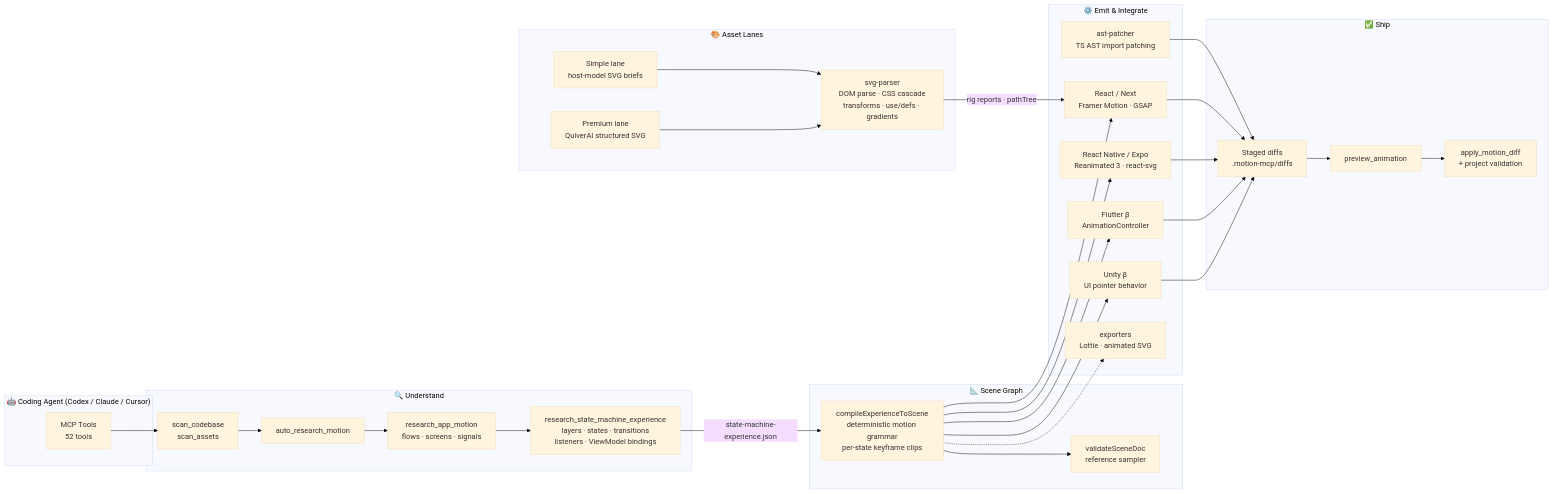
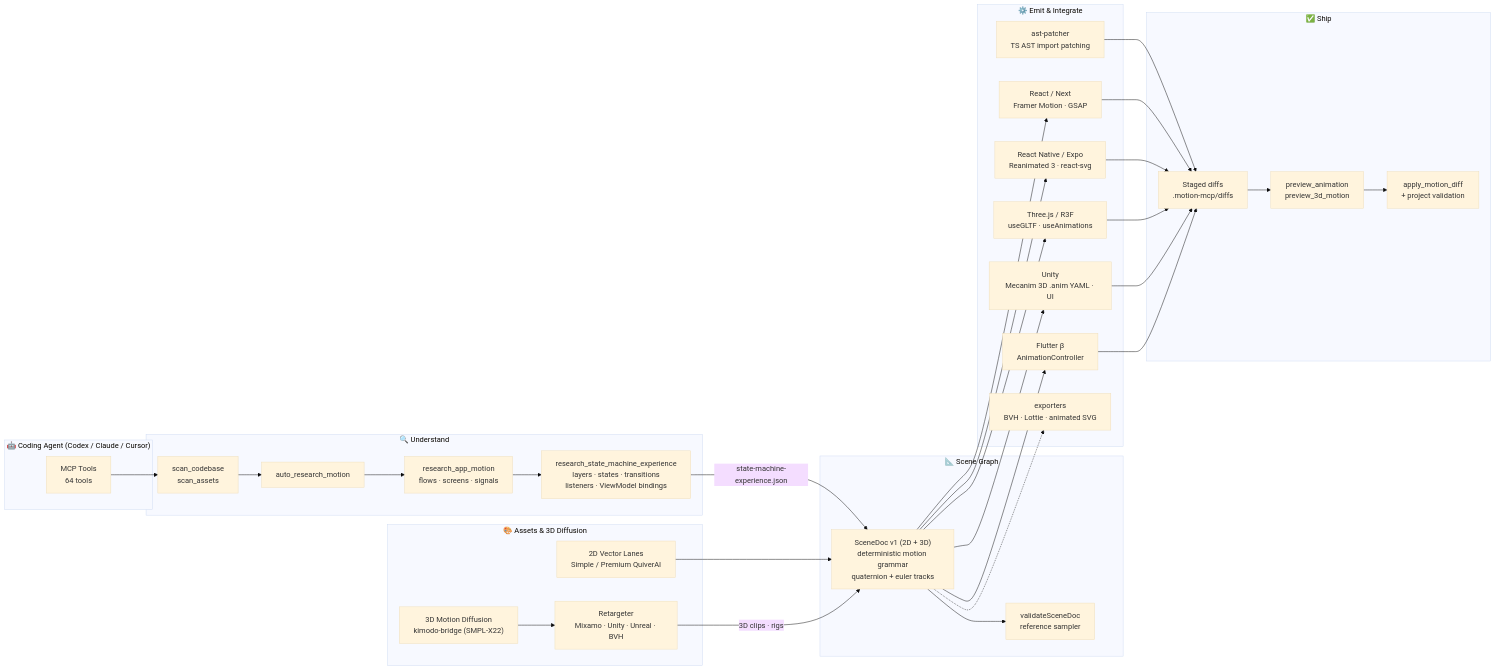
One commit to itsoumya-d/motion-mcp changed the first of 2 diagrams in README.md. Above: the diagram before and after it, drawn with Mermaid (base theme). The commit also changed other lines of this file and 44 other files, not shown here.

Commit message:
feat: integrate kimodo.cpp 3D motion diffusion platform (64 MCP tools, Three.js/R3F emitters, SMPL-X retargeting, GLB container support)

````diff
--- a/README.md
+++ b/README.md
@@ -91,50 +107,51 @@
 ```mermaid
 flowchart LR
     subgraph AGENT["🤖 Coding Agent (Codex / Claude / Cursor)"]
-        T["MCP Tools<br/>52 tools"]
+        T["MCP Tools<br/>64 tools"]
     end
 
     subgraph RESEARCH["🔍 Understand"]
         S["scan_codebase<br/>scan_assets"] --> R1["auto_research_motion"]
         R1 --> R2["research_app_motion<br/>flows · screens · signals"]
         R2 --> R3["research_state_machine_experience<br/>layers · states · transitions<br/>listeners · ViewModel bindings"]
     end
 
-    subgraph ASSETS["🎨 Asset Lanes"]
-        A1["Simple lane<br/>host-model SVG briefs"]
-        A2["Premium lane<br/>QuiverAI structured SVG"]
-        A3["svg-parser<br/>DOM parse · CSS cascade<br/>transforms · use/defs · gradients"]
-        A1 --> A3
+    subgraph ASSETS["🎨 Assets & 3D Diffusion"]
+        A1["2D Vector Lanes<br/>Simple / Premium QuiverAI"]
+        A2["3D Motion Diffusion<br/>kimodo-bridge (SMPL-X22)"]
+        A3["Retargeter<br/>Mixamo · Unity · Unreal · BVH"]
         A2 --> A3
     end
 
     subgraph SCENE["📐 Scene Graph"]
-        SG["compileExperienceToScene<br/>deterministic motion grammar<br/>per-state keyframe clips"]
+        SG["SceneDoc v1 (2D + 3D)<br/>deterministic motion grammar<br/>quaternion + euler tracks"]
         V["validateSceneDoc<br/>reference sampler"]
         SG --> V
     end
 
     subgraph EMIT["⚙️ Emit & Integrate"]
         E1["React / Next<br/>Framer Motion · GSAP"]
         E2["React Native / Expo<br/>Reanimated 3 · react-svg"]
-        E3["Flutter β<br/>AnimationController"]
-        E4["Unity β<br/>UI pointer behavior"]
+        E3["Three.js / R3F<br/>useGLTF · useAnimations"]
+        E4["Unity<br/>Mecanim 3D .anim YAML · UI"]
+        E5["Flutter β<br/>AnimationController"]
         P["ast-patcher<br/>TS AST import patching"]
-        EX["exporters<br/>Lottie · animated SVG"]
+        EX["exporters<br/>BVH · Lottie · animated SVG"]
     end
 
     subgraph SHIP["✅ Ship"]
         D["Staged diffs<br/>.motion-mcp/diffs"]
-        PV["preview_animation"]
+        PV["preview_animation<br/>preview_3d_motion"]
         AP["apply_motion_diff<br/>+ project validation"]
     end
 
     T --> S
     R3 -->|"state-machine-experience.json"| SG
-    A3 -->|"rig reports · pathTree"| E1
-    SG --> E1 & E2 & E3 & E4
+    A1 --> SG
+    A3 -->|"3D clips · rigs"| SG
+    SG --> E1 & E2 & E3 & E4 & E5
     P --> D
-    E1 & E2 & E3 & E4 --> D
+    E1 & E2 & E3 & E4 & E5 --> D
     SG -.-> EX
     D --> PV --> AP
 ```
````
